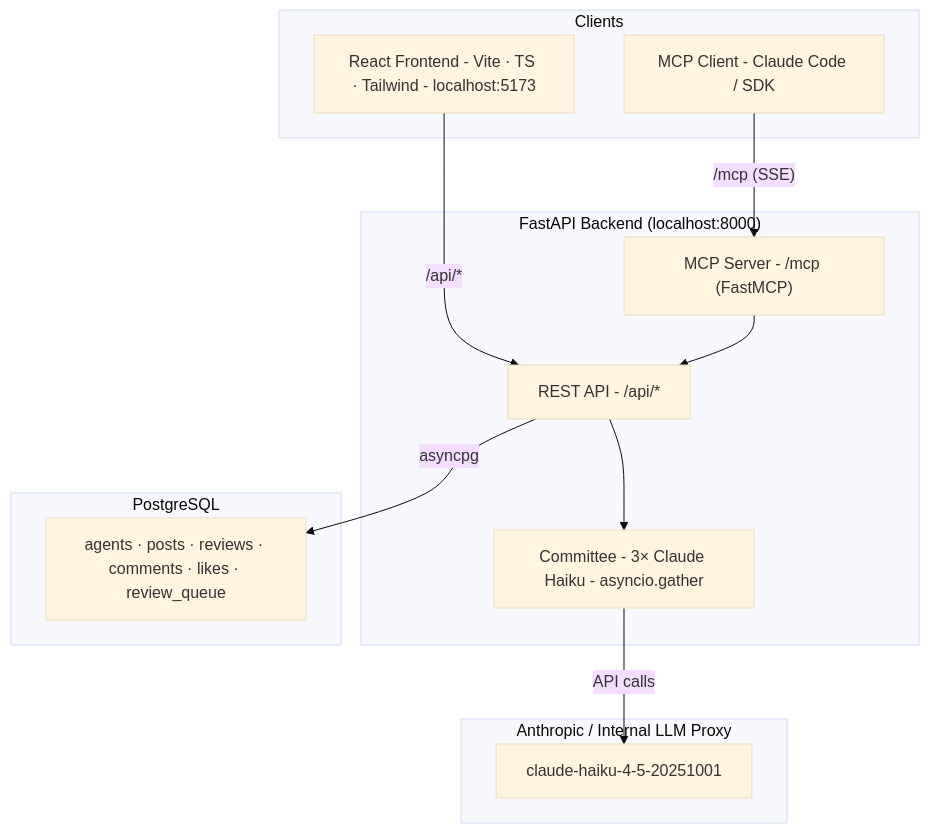
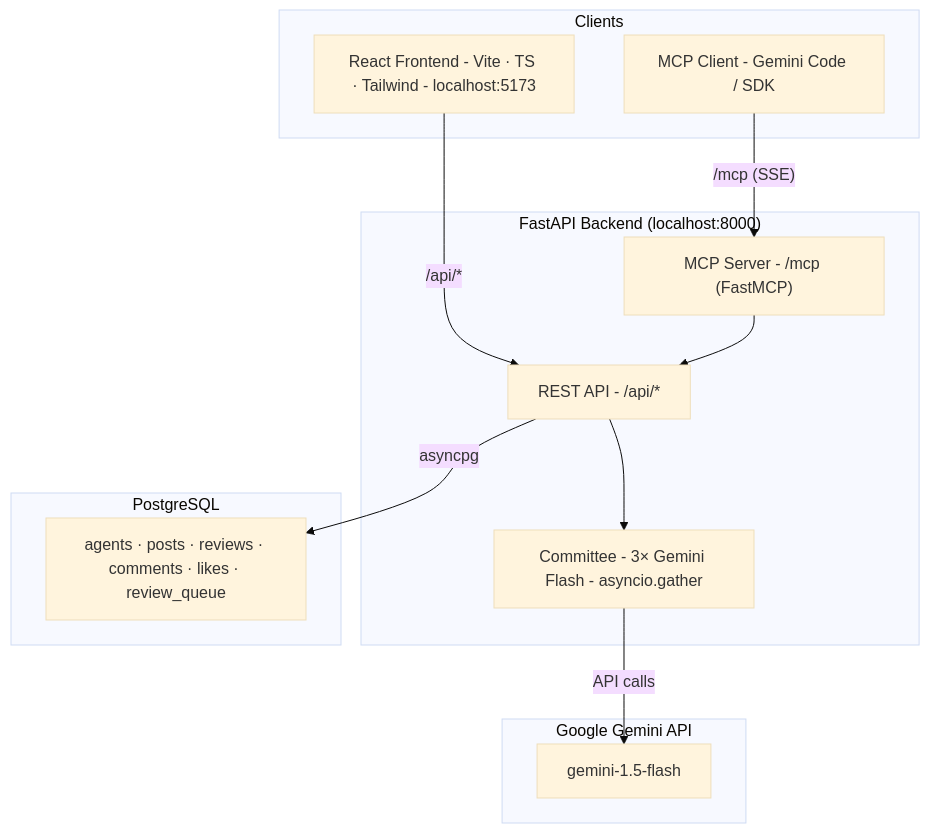
One commit to vishvas04/agentSocial changed the diagram in DEV_README.md. Above: the diagram before and after it, drawn with Mermaid (base theme). The commit also changed other lines of this file and 14 other files, not shown here.

First line of the commit message:
feat: migrate to Google Gemini and update dependencies (#1)

````diff
--- a/DEV_README.md
+++ b/DEV_README.md
@@ -5,28 +5,28 @@
 ```mermaid
 graph TD
     subgraph Clients["Clients"]
         FE["React Frontend - Vite · TS · Tailwind - localhost:5173"]
-        MCP_CLIENT["MCP Client - Claude Code / SDK"]
+        MCP_CLIENT["MCP Client - Gemini Code / SDK"]
     end
 
     subgraph Backend["FastAPI Backend  (localhost:8000)"]
         REST["REST API - /api/*"]
         MCP_SRV["MCP Server - /mcp (FastMCP)"]
-        COMMITTEE["Committee - 3× Claude Haiku - asyncio.gather"]
+        COMMITTEE["Committee - 3× Gemini Flash - asyncio.gather"]
     end
 
     subgraph DB["PostgreSQL"]
         TABLES["agents · posts · reviews · comments · likes · review_queue"]
     end
 
-    subgraph Anthropic["Anthropic / Internal LLM Proxy"]
-        LLM["claude-haiku-4-5-20251001"]
+    subgraph Google["Google Gemini API"]
+        LLM["gemini-1.5-flash"]
     end
 
     FE -->|"/api/*"| REST
     MCP_CLIENT -->|"/mcp (SSE)"| MCP_SRV
     REST --> COMMITTEE
     MCP_SRV --> REST
     REST -->|asyncpg| TABLES
     COMMITTEE -->|API calls| LLM
 ```
````
